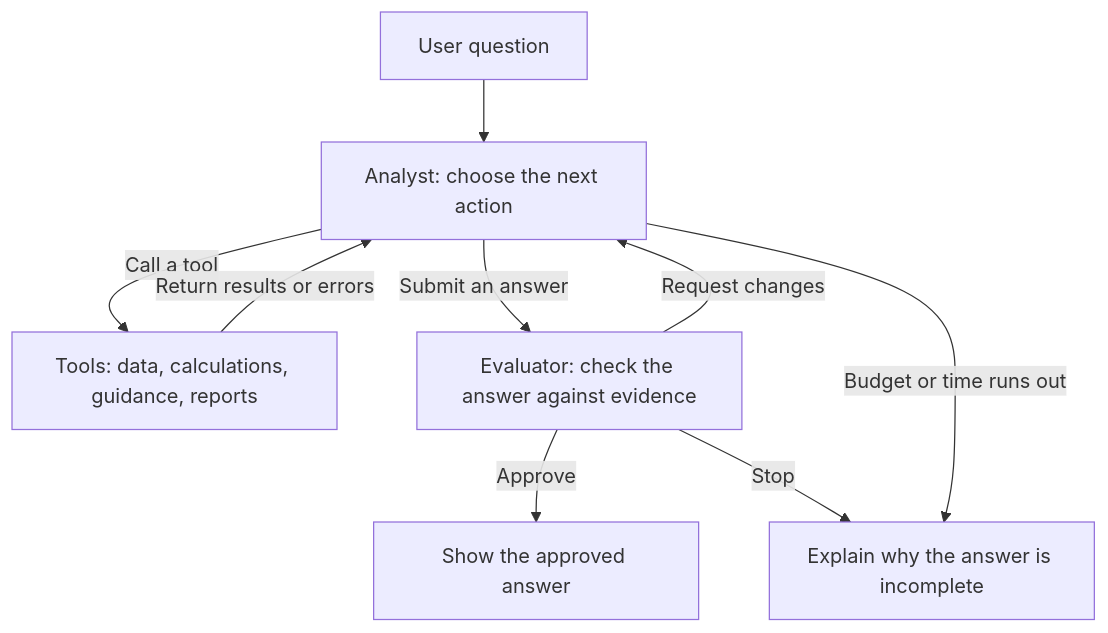
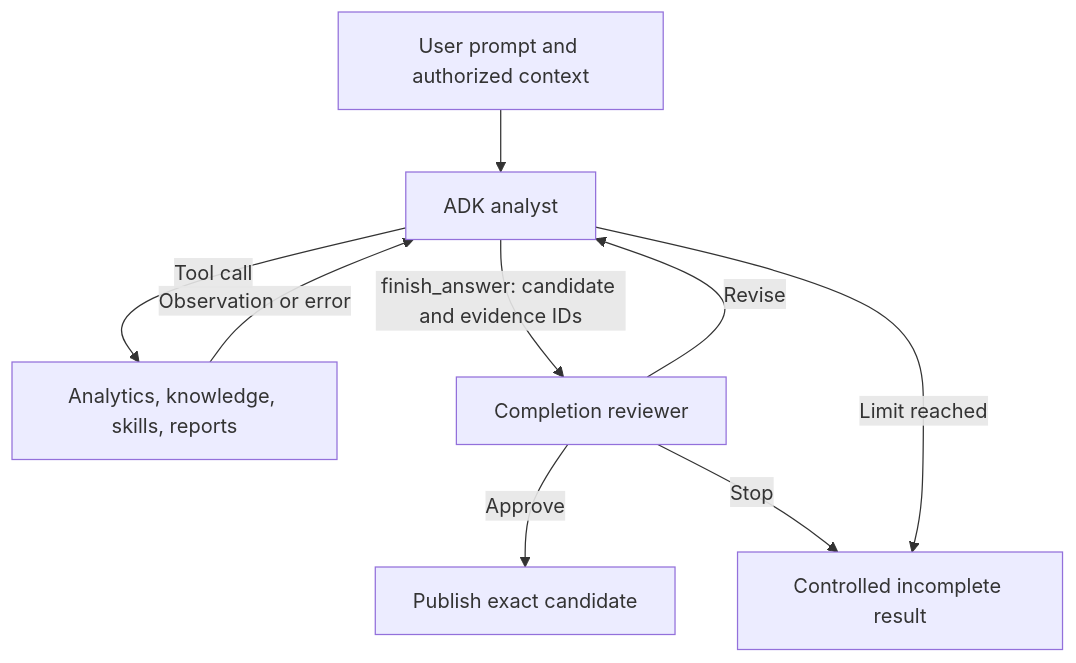
Before and after one commit to tymek100/opsfleet-task: the diagram in docs/architecture.md, drawn with Mermaid. The commit also changed other lines of this file and 6 other files, not shown here.

````diff
--- a/docs/architecture.md
+++ b/docs/architecture.md
@@ -15,11 +13,11 @@
 ```mermaid
 flowchart TD
-    U[User question] --> A[Analyst: choose the next action]
-    A -->|Call a tool| T[Tools: data, calculations, guidance, reports]
-    T -->|Return results or errors| A
-    A -->|Submit an answer| E[Evaluator: check the answer against evidence]
-    E -->|Request changes| A
-    E -->|Approve| F[Show the approved answer]
-    E -->|Stop| X[Explain why the answer is incomplete]
-    A -->|Budget or time runs out| X
+    U[User prompt and authorized context] --> A[ADK analyst]
+    A -->|Tool call| T[Analytics, knowledge, skills, reports]
+    T -->|Observation or error| A
+    A -->|finish_answer: candidate and evidence IDs| R[Completion reviewer]
+    R -->|Revise| A
+    R -->|Approve| F[Publish exact candidate]
+    R -->|Stop| X[Controlled incomplete result]
+    A -->|Limit reached| X
 ```
````
